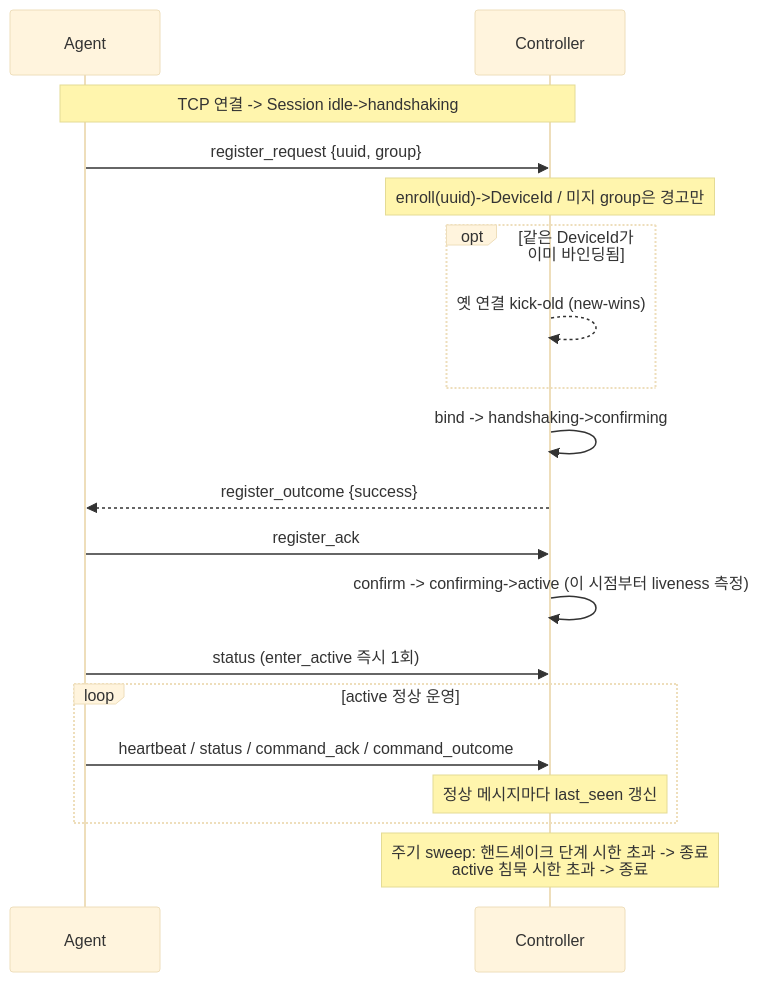
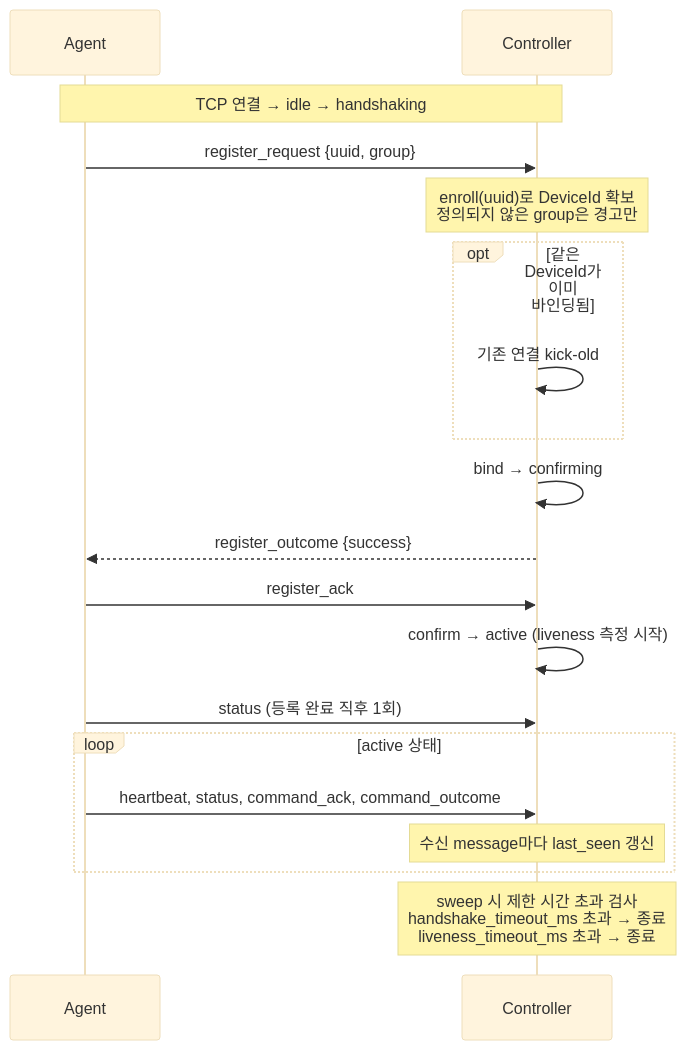
One commit to dnlfis42/ddcs changed the second of 8 diagrams in docs/ARCHITECTURE.md. Above: the diagram before and after it, drawn with Mermaid (base theme). The commit also changed other lines of this file and 8 other files, not shown here.

````diff
--- a/docs/ARCHITECTURE.md
+++ b/docs/ARCHITECTURE.md
@@ -183,21 +165,21 @@
 ```mermaid
 sequenceDiagram
   participant A as Agent
   participant C as Controller
-  Note over A,C: TCP 연결 -> Session idle->handshaking
+  Note over A,C: TCP 연결 → idle → handshaking
   A->>C: register_request {uuid, group}
-  Note over C: enroll(uuid)->DeviceId / 미지 group은 경고만
+  Note over C: enroll(uuid)로 DeviceId 확보<br/>정의되지 않은 group은 경고만
   opt 같은 DeviceId가 이미 바인딩됨
-    C-->>C: 옛 연결 kick-old (new-wins)
+    C->>C: 기존 연결 kick-old
   end
-  C->>C: bind -> handshaking->confirming
+  C->>C: bind → confirming
   C-->>A: register_outcome {success}
   A->>C: register_ack
-  C->>C: confirm -> confirming->active (이 시점부터 liveness 측정)
-  A->>C: status (enter_active 즉시 1회)
-  loop active 정상 운영
-    A->>C: heartbeat / status / command_ack / command_outcome
-    Note over C: 정상 메시지마다 last_seen 갱신
+  C->>C: confirm → active (liveness 측정 시작)
+  A->>C: status (등록 완료 직후 1회)
+  loop active 상태
+    A->>C: heartbeat, status, command_ack, command_outcome
+    Note over C: 수신 message마다 last_seen 갱신
   end
-  Note over C: 주기 sweep: 핸드셰이크 단계 시한 초과 -> 종료<br/>active 침묵 시한 초과 -> 종료
+  Note over C: sweep 시 제한 시간 초과 검사<br/>handshake_timeout_ms 초과 → 종료<br/>liveness_timeout_ms 초과 → 종료
 ```
````
